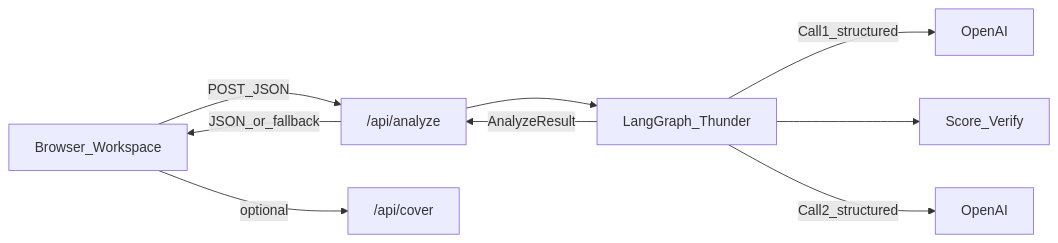
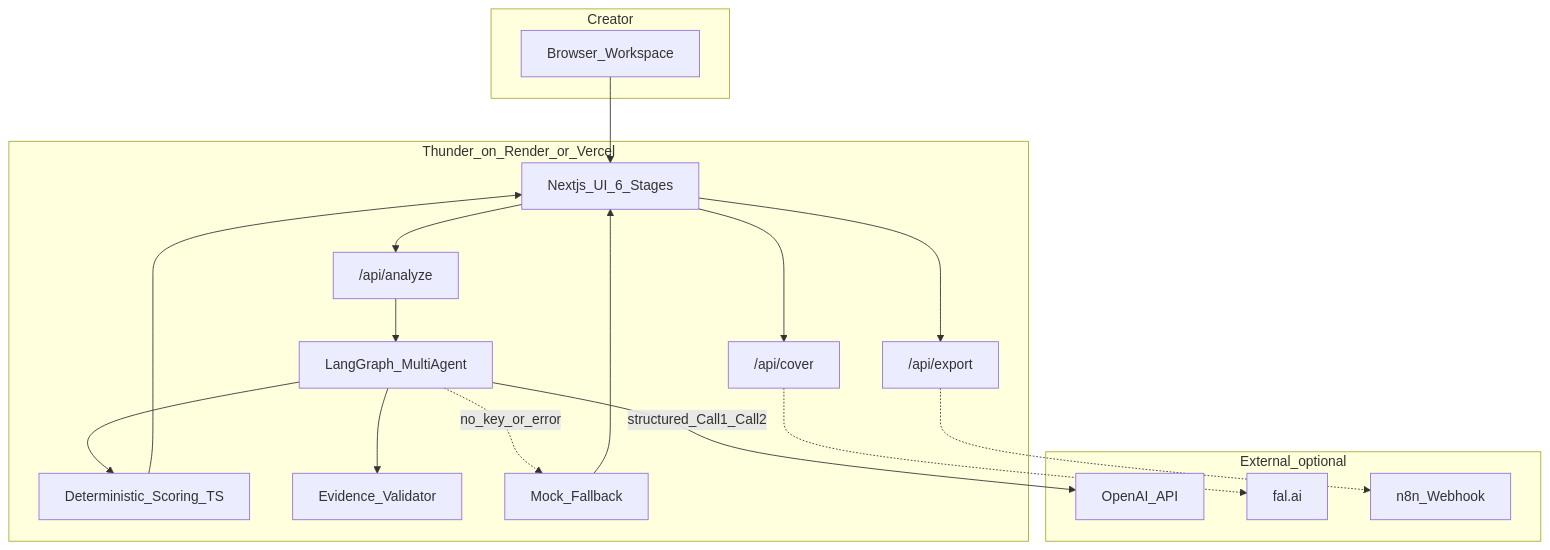
One commit to harshjoshi23/Thunder changed the first of 4 diagrams in docs/architecture.md. Above: the diagram before and after it, drawn with Mermaid. The commit also changed other lines of this file and 3 other files, not shown here.

First line of the commit message:
Add phase-01 UX prompt, status summary, and clearer architecture diagrams.

````diff
--- a/docs/architecture.md
+++ b/docs/architecture.md
@@ -23,11 +7,37 @@
 ```mermaid
-flowchart LR
-  UI[Browser_Workspace] -->|POST_JSON| API["/api/analyze"]
-  API --> Graph[LangGraph_Thunder]
-  Graph -->|Call1_structured| OAI1[OpenAI]
-  Graph --> Det[Score_Verify]
-  Graph -->|Call2_structured| OAI2[OpenAI]
-  Graph -->|AnalyzeResult| API
-  API -->|JSON_or_fallback| UI
-  UI -->|optional| Cover["/api/cover"]
+flowchart TB
+  subgraph creator [Creator]
+    Browser[Browser_Workspace]
+  end
+
+  subgraph thunderApp [Thunder_on_Render_or_Vercel]
+    UI[Nextjs_UI_6_Stages]
+    API_A["/api/analyze"]
+    API_C["/api/cover"]
+    API_E["/api/export"]
+    Graph[LangGraph_MultiAgent]
+    Score[Deterministic_Scoring_TS]
+    Evidence[Evidence_Validator]
+    Mock[Mock_Fallback]
+  end
+
+  subgraph external [External_optional]
+    OpenAI[OpenAI_API]
+    Fal[fal.ai]
+    N8N[n8n_Webhook]
+  end
+
+  Browser --> UI
+  UI --> API_A
+  UI --> API_C
+  UI --> API_E
+  API_A --> Graph
+  Graph -->|structured_Call1_Call2| OpenAI
+  Graph --> Evidence
+  Graph --> Score
+  Graph -.->|no_key_or_error| Mock
+  API_C -.-> Fal
+  API_E -.-> N8N
+  Mock --> UI
+  Score --> UI
 ```
````
